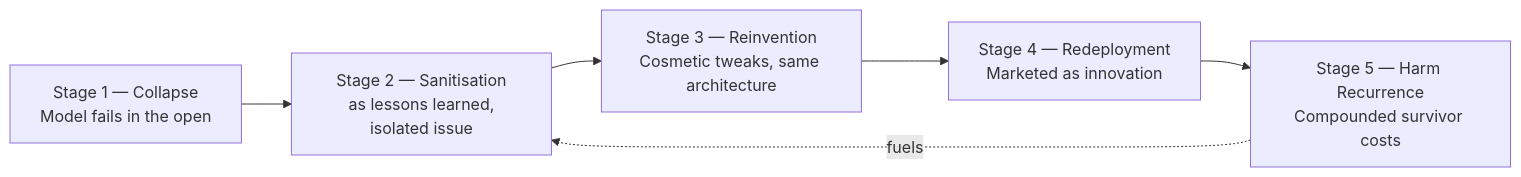
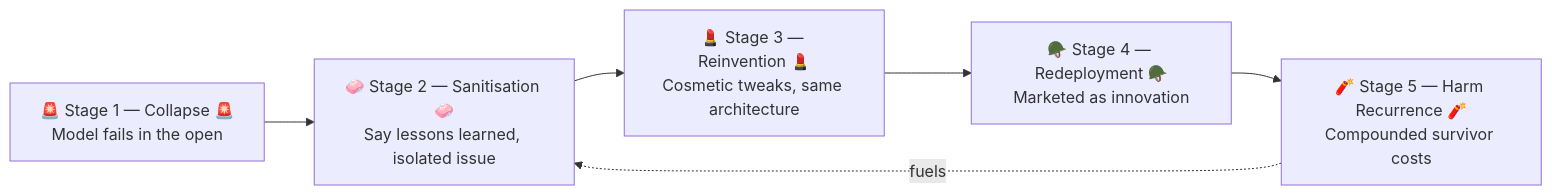
One commit to josefsbreakfast/Polaris-Protocol changed the first of 3 diagrams in Disruption_Kit/Big_Picture_Protocols/🌀_System_Governance/🧪_failure_recycling.md. Above: the diagram before and after it, drawn with Mermaid. The commit also changed other lines of this file, not shown here.

````diff
--- a/Disruption_Kit/Big_Picture_Protocols/🌀_System_Governance/🧪_failure_recycling.md
+++ b/Disruption_Kit/Big_Picture_Protocols/🌀_System_Governance/🧪_failure_recycling.md
@@ -37,8 +37,8 @@
 ```mermaid
 flowchart LR
-    A[Stage 1 — Collapse<br/>Model fails in the open] --> B[Stage 2 — Sanitisation<br/> as lessons learned, isolated issue]
-    B --> C[Stage 3 — Reinvention<br/>Cosmetic tweaks, same architecture]
-    C --> D[Stage 4 — Redeployment<br/>Marketed as innovation]
-    D --> E[Stage 5 — Harm Recurrence<br/>Compounded survivor costs]
+    A[🚨 Stage 1 — Collapse 🚨<br>Model fails in the open] --> B[🧼 Stage 2 — Sanitisation 🧼<br>Say lessons learned, isolated issue]
+    B --> C[💄 Stage 3 — Reinvention 💄<br>Cosmetic tweaks, same architecture]
+    C --> D[🪖 Stage 4 — Redeployment 🪖<br>Marketed as innovation]
+    D --> E[🧨 Stage 5 — Harm Recurrence 🧨<br>Compounded survivor costs]
     E -. fuels .-> B
 ```
````
